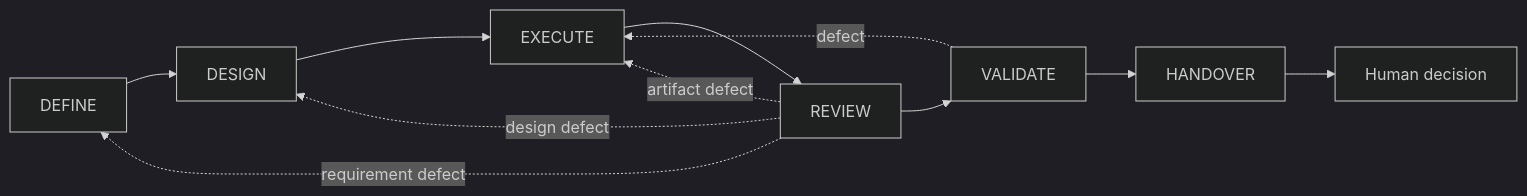
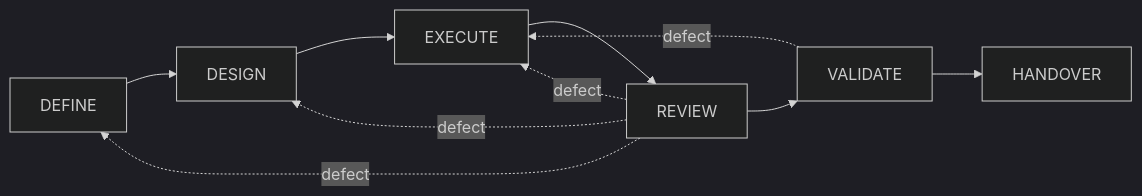
Before and after one commit to RezaGolriz/autonomous-build-loop-universal-template: the diagram in README.md, drawn with Mermaid (dark theme). The commit also changed other lines of this file and 11 other files, not shown here.

````diff
--- a/README.md
+++ b/README.md
@@ -12,13 +40,8 @@
 ```mermaid
 flowchart LR
-    D[DEFINE] --> G[DESIGN]
-    G --> E[EXECUTE]
-    E --> R[REVIEW]
-    R --> V[VALIDATE]
-    V --> H[HANDOVER]
-    R -. requirement defect .-> D
-    R -. design defect .-> G
-    R -. artifact defect .-> E
-    V -. defect .-> E
-    H --> U[Human decision]
+    A[DEFINE] --> B[DESIGN] --> C[EXECUTE] --> D[REVIEW] --> E[VALIDATE] --> F[HANDOVER]
+    D -. defect .-> A
+    D -. defect .-> B
+    D -. defect .-> C
+    E -. defect .-> C
 ```
````
